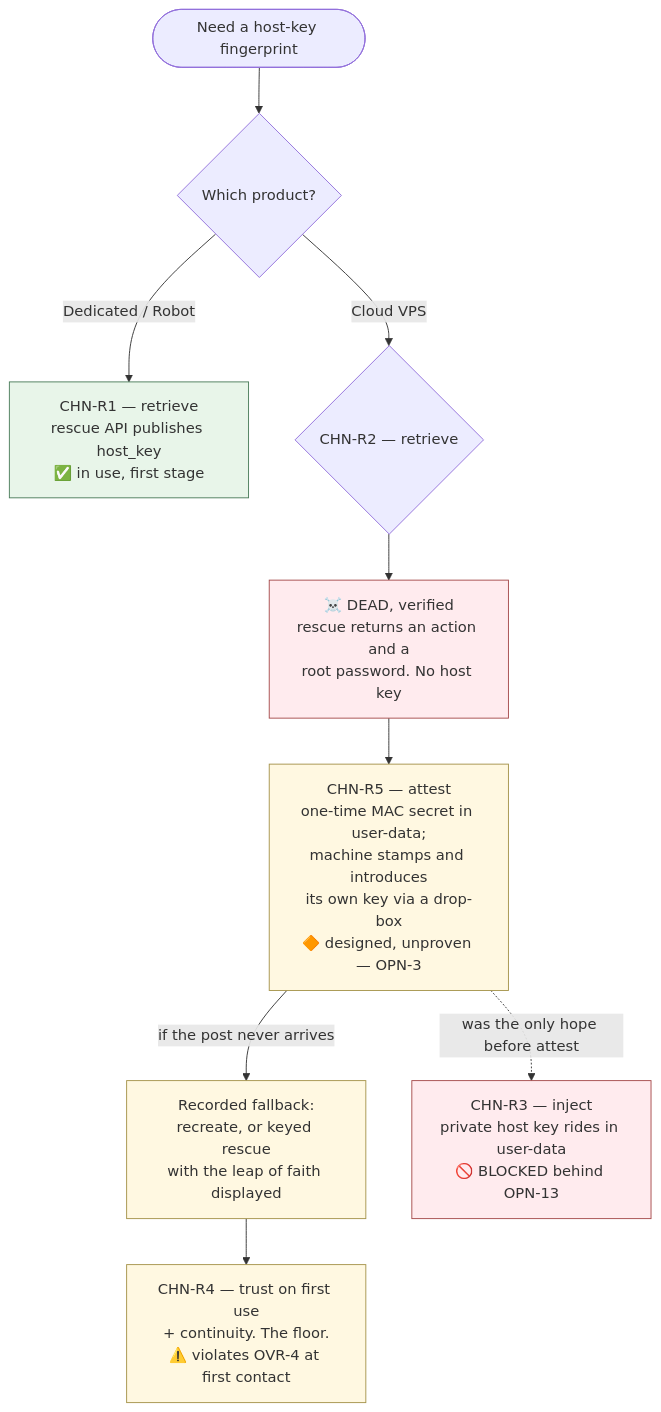
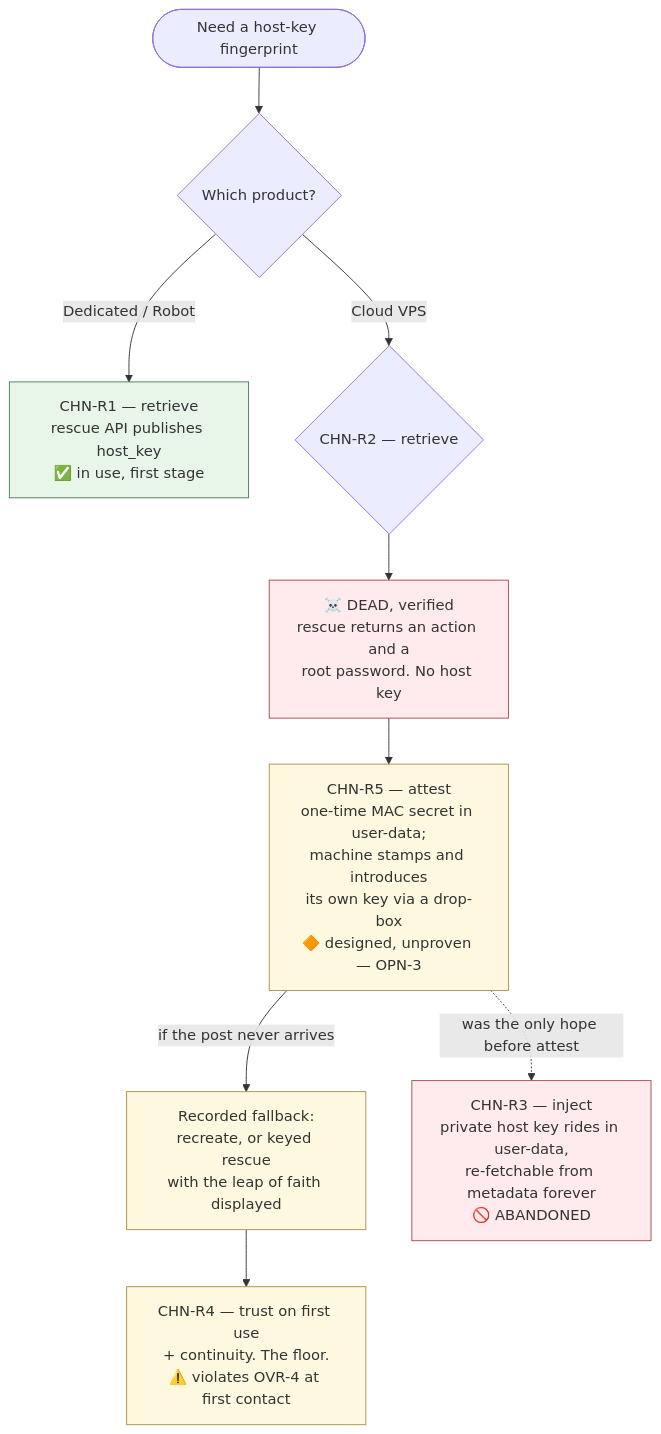
Before and after one commit to douglaz/tau-web-spec: the first of 2 diagrams in 02-channel.md, drawn with Mermaid. The commit also changed other lines of this file and 8 other files, not shown here.

First line of the commit message:
docs: route 3 is abandoned, and the scrub was never the bound

````diff
--- a/02-channel.md
+++ b/02-channel.md
@@ -29,17 +29,17 @@
 ```mermaid
 flowchart TD
     START([Need a host-key fingerprint]) --> PROD{Which product?}
     PROD -->|Dedicated / Robot| R1["CHN-R1 — retrieve<br/>rescue API publishes host_key<br/>✅ in use, first stage"]
     PROD -->|Cloud VPS| R2{"CHN-R2 — retrieve"}
     R2 --> R2D["☠️ DEAD, verified<br/>rescue returns an action and a<br/>root password. No host key"]
     R2D --> R5["CHN-R5 — attest<br/>one-time MAC secret in user-data;<br/>machine stamps and introduces<br/>its own key via a drop-box<br/>🔶 designed, unproven — OPN-3"]
     R5 -->|"if the post never arrives"| FB["Recorded fallback:<br/>recreate, or keyed rescue<br/>with the leap of faith displayed"]
-    R5 -.->|"was the only hope before attest"| R3["CHN-R3 — inject<br/>private host key rides in user-data<br/>🚫 BLOCKED behind OPN-13"]
+    R5 -.->|"was the only hope before attest"| R3["CHN-R3 — inject<br/>private host key rides in user-data,<br/>re-fetchable from metadata forever<br/>🚫 ABANDONED"]
     FB --> R4["CHN-R4 — trust on first use<br/>+ continuity. The floor.<br/>⚠️ violates OVR-4 at first contact"]
     classDef live fill:#e8f5e9,stroke:#4a7c59
     classDef dead fill:#ffebee,stroke:#a54a4a
     classDef pending fill:#fff8e1,stroke:#a5934a
     class R1 live
     class R2D,R3 dead
     class R5,R4,FB pending
 ```
````
